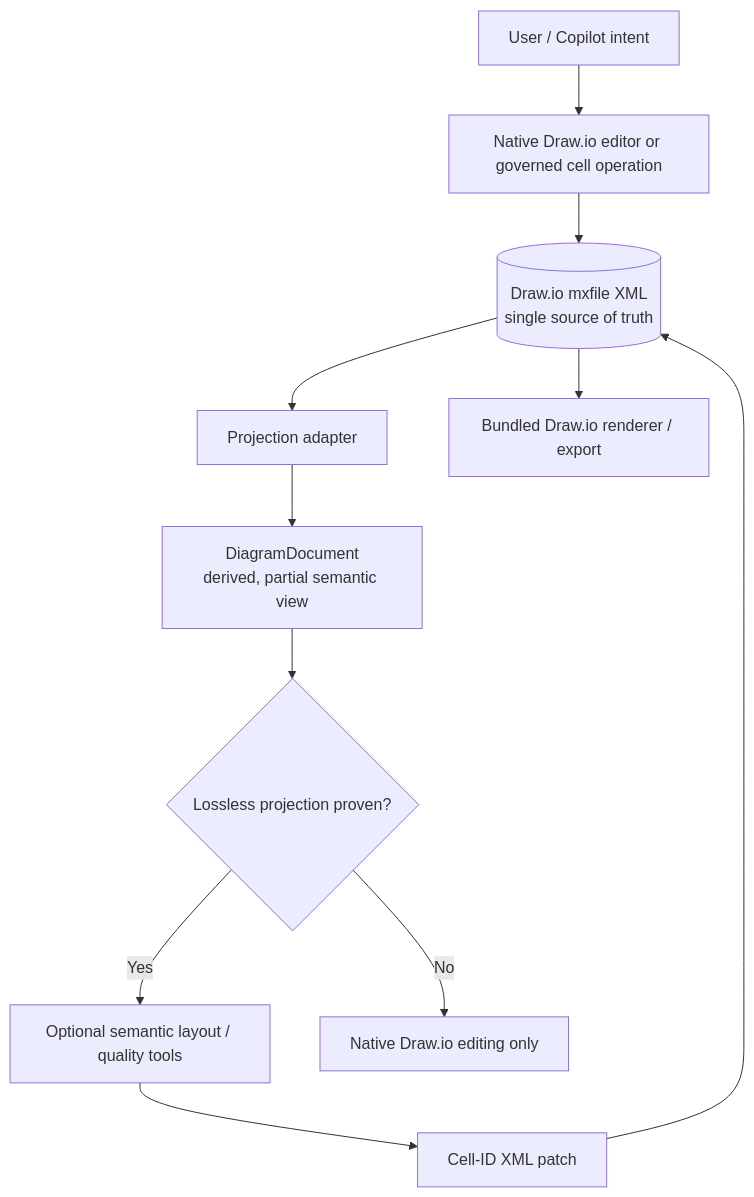
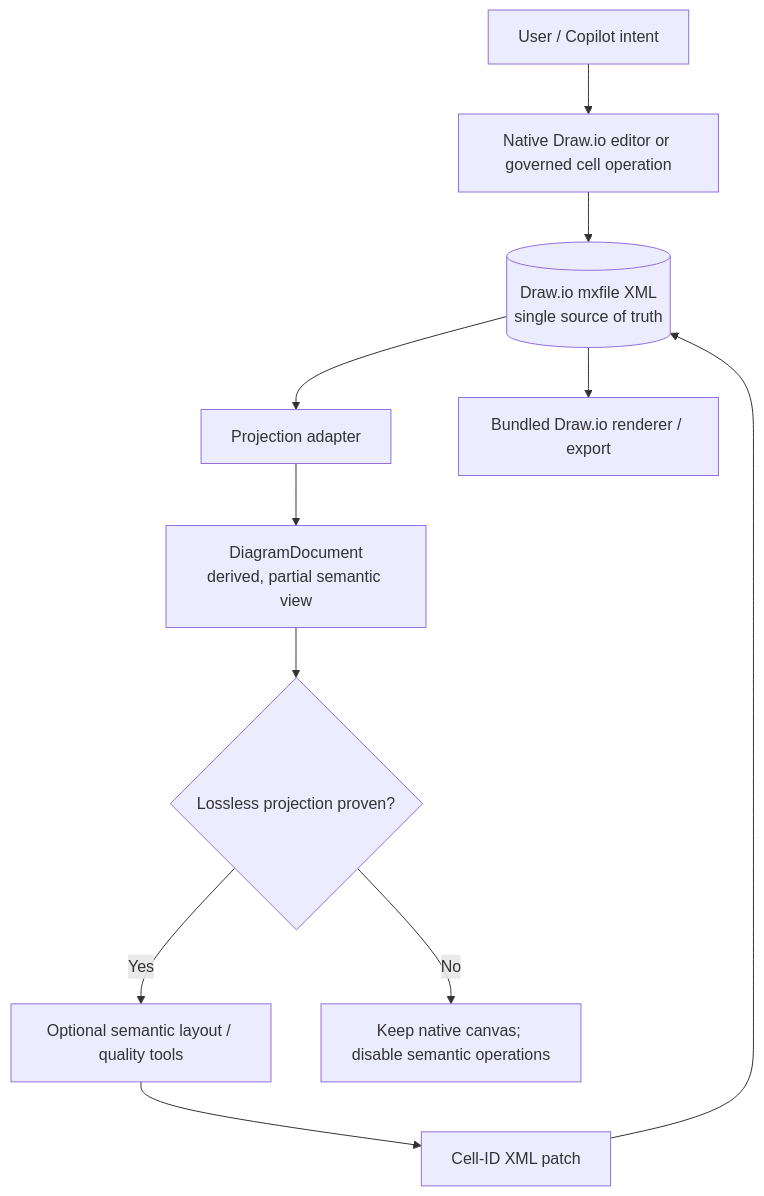
The diagram in ARCHITECTURE-V2.md (saga/architecture-diagram-studio), drawn with Mermaid before and after one commit. The commit also changed other lines of this file, not shown here.

Commit message:
Align V2 architecture docs with the single native canvas decision

````diff
--- a/ARCHITECTURE-V2.md
+++ b/ARCHITECTURE-V2.md
@@ -15,13 +15,13 @@
 ```mermaid
 flowchart TD
     Intent["User / Copilot intent"] --> NativeEdit["Native Draw.io editor or governed cell operation"]
     NativeEdit --> XML[("Draw.io mxfile XML<br/>single source of truth")]
     XML --> Projection["Projection adapter"]
     Projection --> Semantic["DiagramDocument<br/>derived, partial semantic view"]
     Semantic --> Gate{"Lossless projection proven?"}
     Gate -- Yes --> Layout["Optional semantic layout / quality tools"]
     Layout --> Patch["Cell-ID XML patch"]
     Patch --> XML
-    Gate -- No --> NativeOnly["Native Draw.io editing only"]
+    Gate -- No --> NativeOnly["Keep native canvas; disable semantic operations"]
     XML --> Renderer["Bundled Draw.io renderer / export"]
 ```
````
